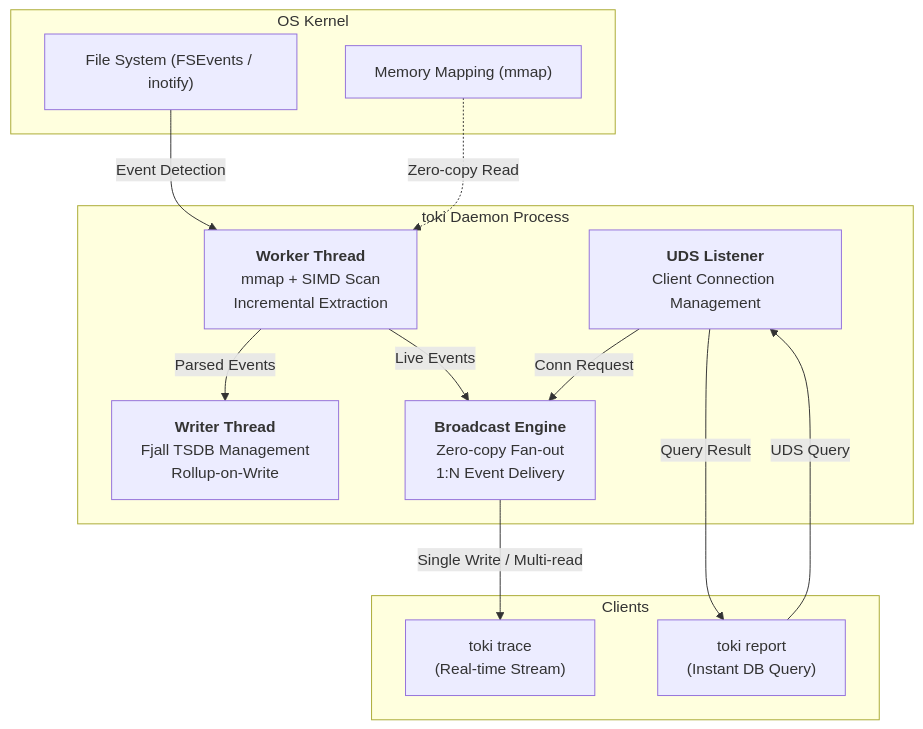
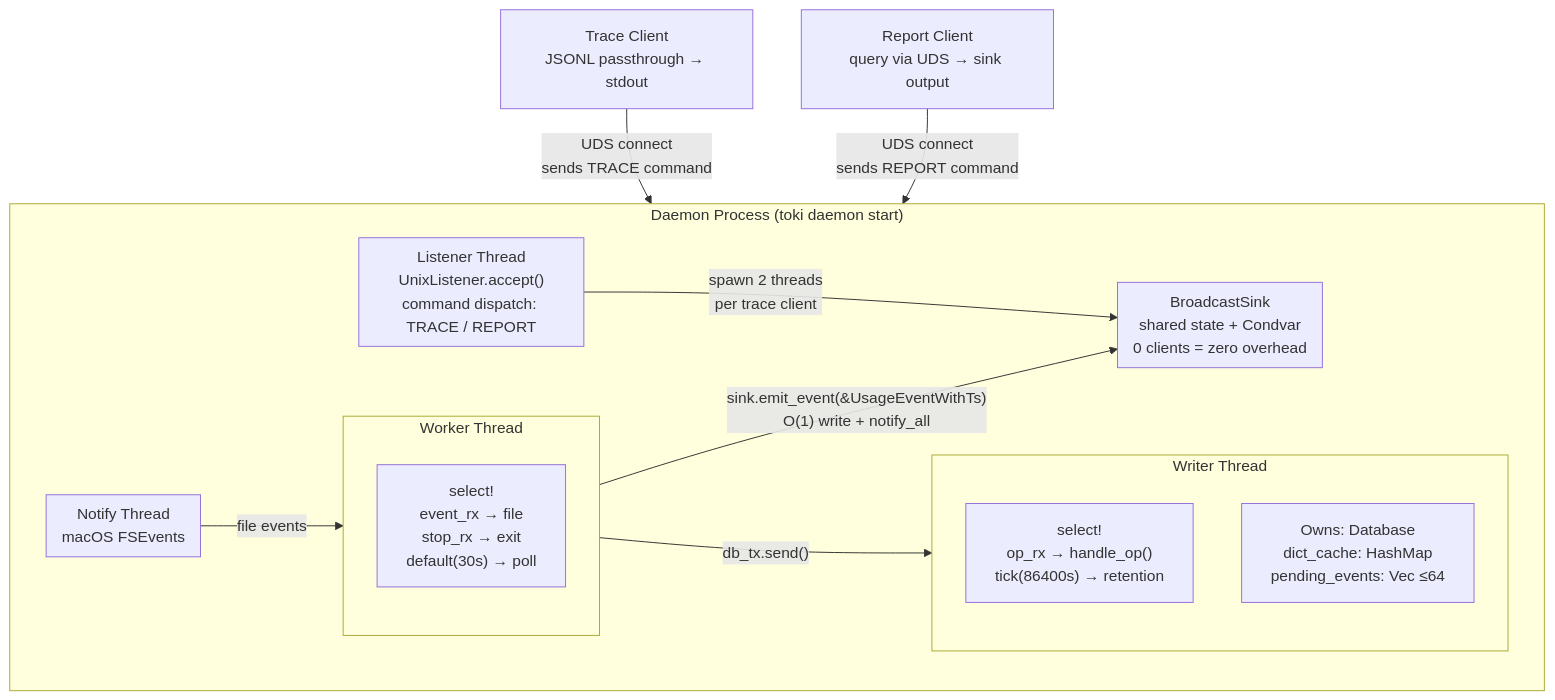
Before and after one commit to korjwl1/toki: the diagram in docs/DESIGN.md, drawn with Mermaid. The commit also changed other lines of this file and 3 other files, not shown here.

````diff
--- a/docs/DESIGN.md
+++ b/docs/DESIGN.md
@@ -11,28 +10,30 @@
 ```mermaid
 graph TD
-    subgraph OS_Kernel["OS Kernel"]
-        FS["File System (FSEvents / inotify)"]
-        MMAP["Memory Mapping (mmap)"]
+    subgraph Daemon["Daemon Process (toki daemon start)"]
+        subgraph Worker["Worker Thread"]
+            W_select["select!<br/>event_rx → file<br/>stop_rx → exit<br/>default(30s) → poll"]
+        end
+
+        subgraph Writer["Writer Thread"]
+            Wr_select["select!<br/>op_rx → handle_op()<br/>tick(86400s) → retention"]
+            Wr_db["Owns: Database<br/>dict_cache: HashMap<br/>pending_events: Vec ≤64"]
+        end
+
+        subgraph Notify["Notify Thread<br/>macOS FSEvents"]
+        end
+
+        subgraph Broadcast["BroadcastSink<br/>shared state + Condvar<br/>0 clients = zero overhead"]
+        end
+
+        subgraph Listener["Listener Thread<br/>UnixListener.accept()<br/>command dispatch: TRACE / REPORT"]
+        end
     end
 
-    subgraph Daemon["toki Daemon Process"]
-        Worker["<b>Worker Thread</b><br/>mmap + SIMD Scan<br/>Incremental Extraction"]
-        Writer["<b>Writer Thread</b><br/>Fjall TSDB Management<br/>Rollup-on-Write"]
-        Broadcast["<b>Broadcast Engine</b><br/>Zero-copy Fan-out<br/>1:N Event Delivery"]
-        Listener["<b>UDS Listener</b><br/>Client Connection Management"]
-    end
+    Notify -->|"file events"| Worker
+    Worker -->|"db_tx.send()"| Writer
+    Worker -->|"sink.emit_event(&amp;UsageEventWithTs)<br/>O(1) write + notify_all"| Broadcast
+    Listener -->|"spawn 2 threads<br/>per trace client"| Broadcast
 
-    subgraph Clients["Clients"]
-        Trace["toki trace<br/>(Real-time Stream)"]
-        Report["toki report<br/>(Instant DB Query)"]
-    end
-
-    FS -->|Event Detection| Worker
-    MMAP -.->|Zero-copy Read| Worker
-    Worker -->|Parsed Events| Writer
-    Worker -->|Live Events| Broadcast
-    Broadcast -->|Single Write / Multi-read| Trace
-    Listener -->|Conn Request| Broadcast
-    Report -->|UDS Query| Listener
-    Listener -->|Query Result| Report
+    TraceClient["Trace Client<br/>JSONL passthrough → stdout"] -->|"UDS connect<br/>sends TRACE command"| Daemon
+    ReportClient["Report Client<br/>query via UDS → sink output"] -->|"UDS connect<br/>sends REPORT command"| Daemon
 ```
````
